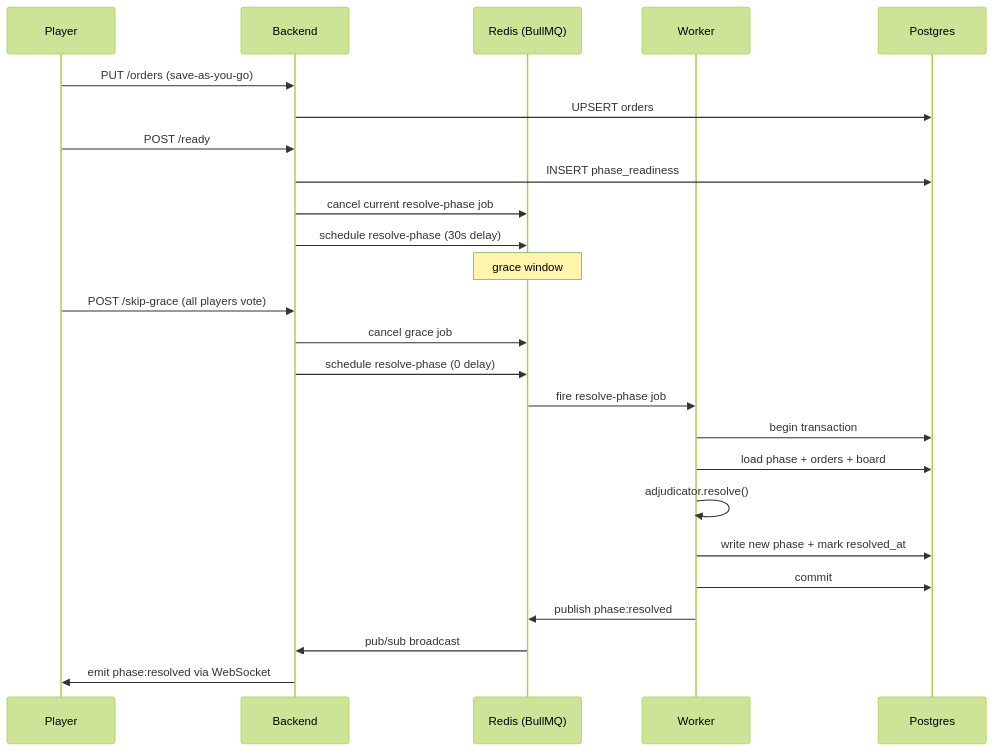
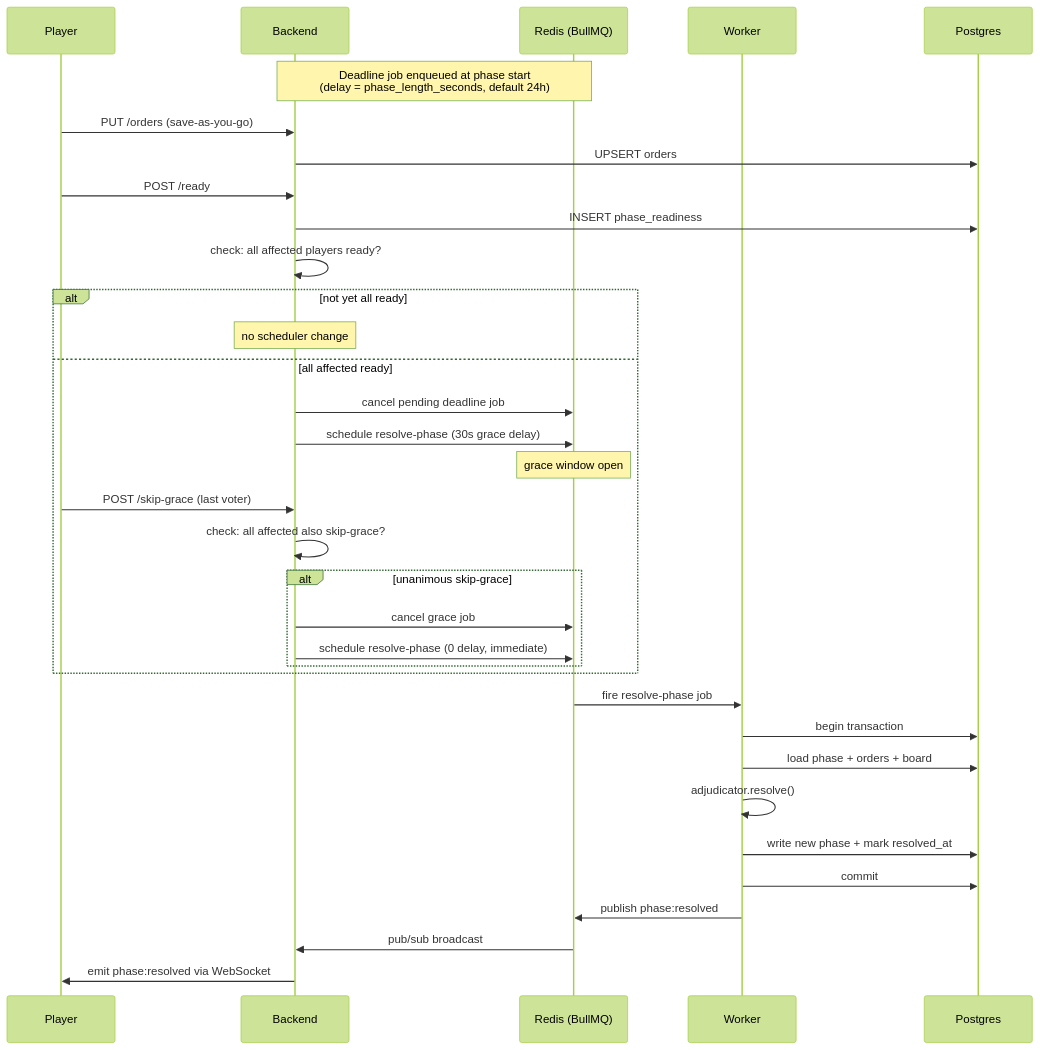
One commit to The-Diplomats/Diplomacy changed diagram 13 of 16 in MilestoneSubmissions/DESIGN_DOC.md. Above: the diagram before and after it, drawn with Mermaid (forest theme). The commit also changed other lines of this file, not shown here.

Commit message:
docs(design): tighten phase resolution, security model, and runtime versions

````diff
--- a/MilestoneSubmissions/DESIGN_DOC.md
+++ b/MilestoneSubmissions/DESIGN_DOC.md
@@ -421,27 +421,36 @@
 ```mermaid
 sequenceDiagram
     participant P as Player
     participant BE as Backend
     participant RD as Redis (BullMQ)
     participant WK as Worker
     participant PG as Postgres
+    Note over BE,RD: Deadline job enqueued at phase start<br/>(delay = phase_length_seconds, default 24h)
     P->>BE: PUT /orders (save-as-you-go)
     BE->>PG: UPSERT orders
     P->>BE: POST /ready
     BE->>PG: INSERT phase_readiness
-    BE->>RD: cancel current resolve-phase job
-    BE->>RD: schedule resolve-phase (30s delay)
-    Note over RD: grace window
-    P->>BE: POST /skip-grace (all players vote)
-    BE->>RD: cancel grace job
-    BE->>RD: schedule resolve-phase (0 delay)
+    BE->>BE: check: all affected players ready?
+    alt not yet all ready
+        Note over BE: no scheduler change
+    else all affected ready
+        BE->>RD: cancel pending deadline job
+        BE->>RD: schedule resolve-phase (30s grace delay)
+        Note over RD: grace window open
+        P->>BE: POST /skip-grace (last voter)
+        BE->>BE: check: all affected also skip-grace?
+        alt unanimous skip-grace
+            BE->>RD: cancel grace job
+            BE->>RD: schedule resolve-phase (0 delay, immediate)
+        end
+    end
     RD->>WK: fire resolve-phase job
     WK->>PG: begin transaction
     WK->>PG: load phase + orders + board
     WK->>WK: adjudicator.resolve()
     WK->>PG: write new phase + mark resolved_at
     WK->>PG: commit
     WK->>RD: publish phase:resolved
     RD->>BE: pub/sub broadcast
     BE->>P: emit phase:resolved via WebSocket
 ```
````
